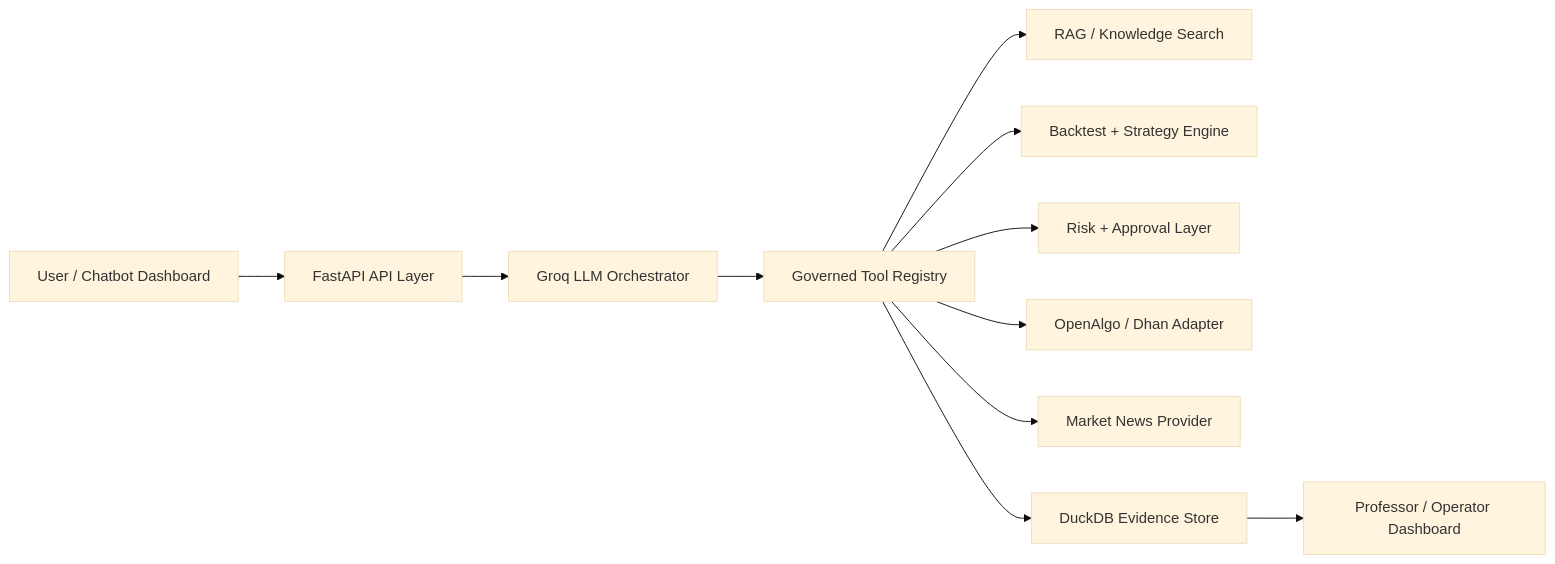
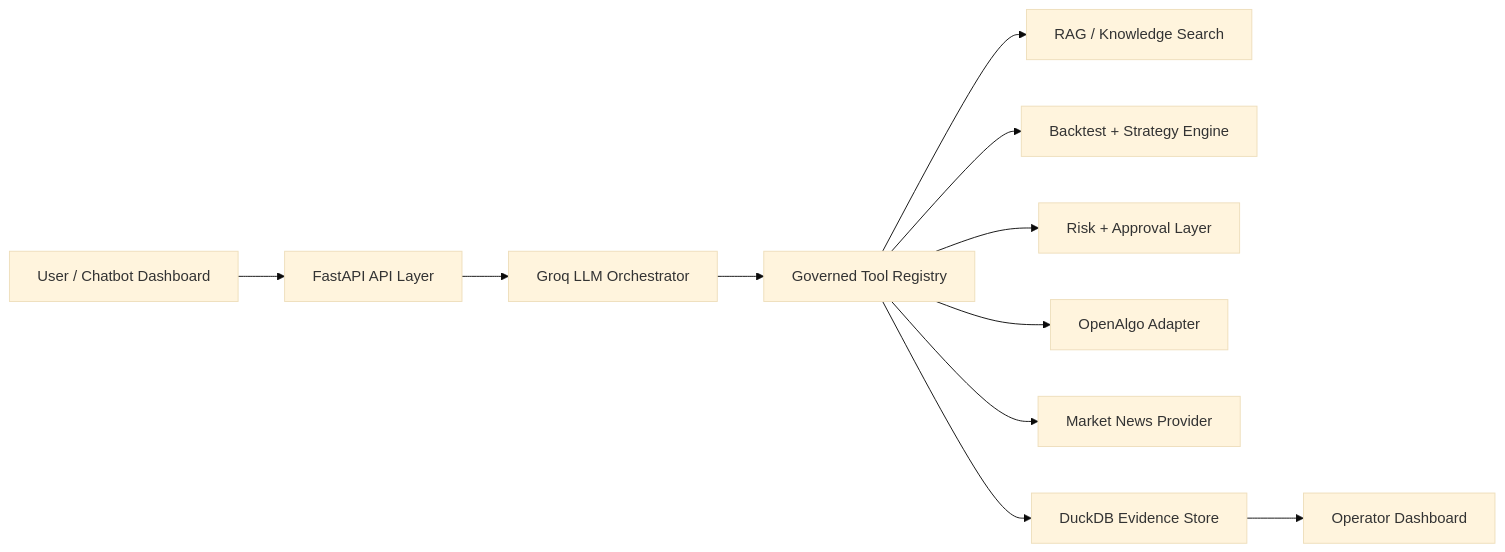
One commit to alphahashhhh122/Coversational-Algo-Trading-Chatbot changed the diagram in README.md. Above: the diagram before and after it, drawn with Mermaid (base theme). The commit also changed other lines of this file and 11 other files, not shown here.

````diff
--- a/README.md
+++ b/README.md
@@ -36,13 +39,13 @@
 ```mermaid
 flowchart LR
     User["User / Chatbot Dashboard"] --> API["FastAPI API Layer"]
     API --> Orchestrator["Groq LLM Orchestrator"]
     Orchestrator --> Tools["Governed Tool Registry"]
     Tools --> RAG["RAG / Knowledge Search"]
     Tools --> Backtest["Backtest + Strategy Engine"]
     Tools --> Risk["Risk + Approval Layer"]
-    Tools --> Broker["OpenAlgo / Dhan Adapter"]
+    Tools --> Broker["OpenAlgo Adapter"]
     Tools --> News["Market News Provider"]
     Tools --> Store["DuckDB Evidence Store"]
-    Store --> Dashboard["Professor / Operator Dashboard"]
+    Store --> Dashboard["Operator Dashboard"]
 ```
````
